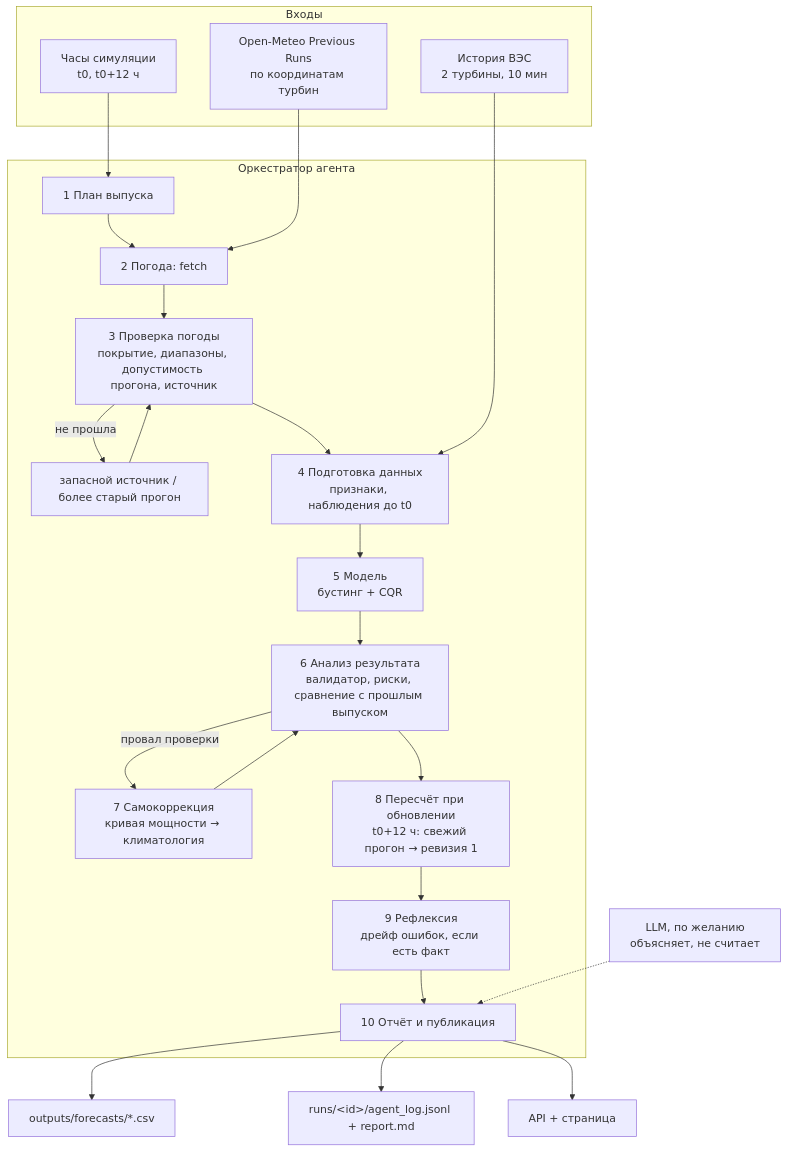
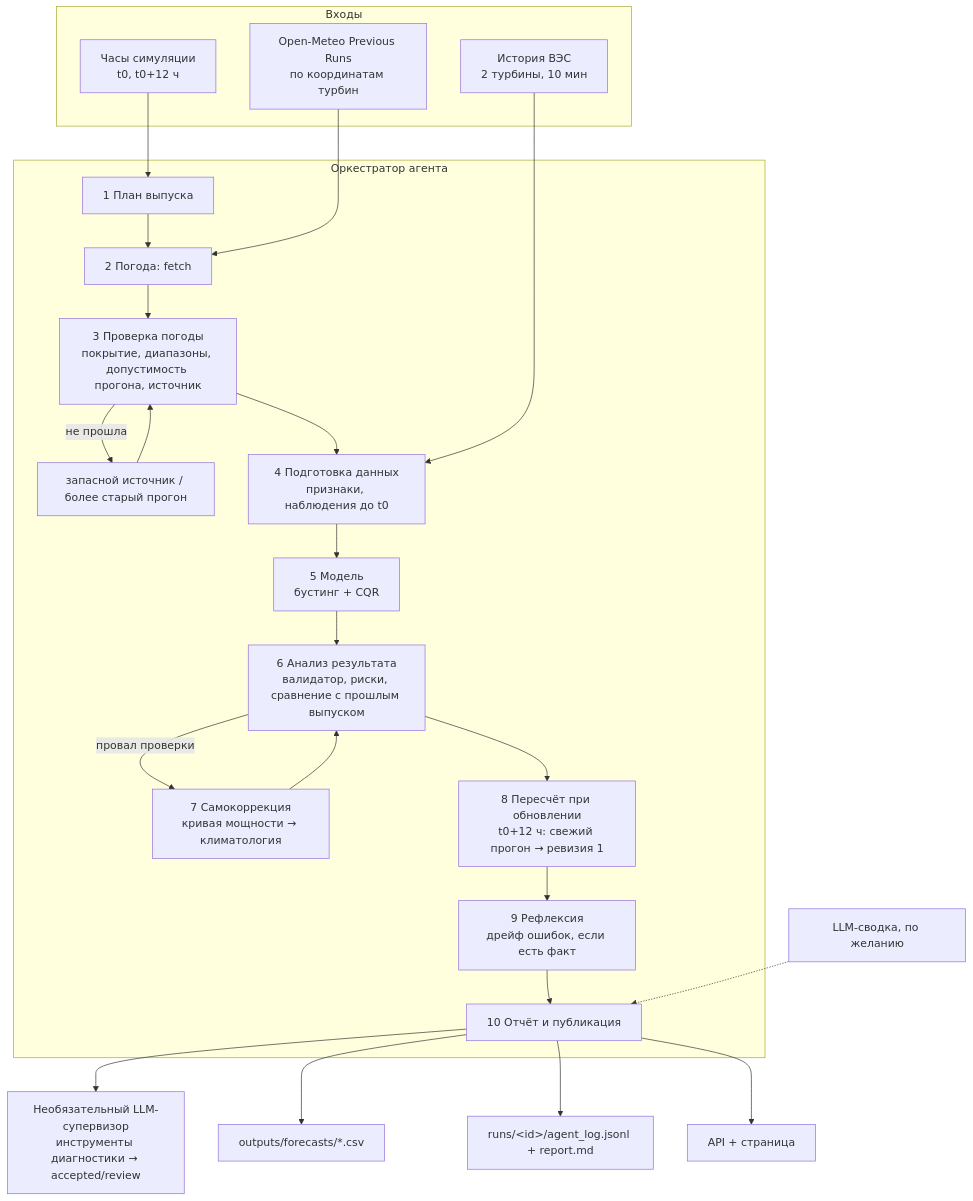
The diagram in docs/SOLUTION.md (BAITC-Hacks/hack-17c230f8-ctrlx), drawn with Mermaid before and after one commit. The commit also changed other lines of this file and 432 other files, not shown here.

````diff
--- a/docs/SOLUTION.md
+++ b/docs/SOLUTION.md
@@ -168,29 +186,30 @@
 ```mermaid
 flowchart TB
   subgraph IN[Входы]
     SCADA[История ВЭС<br/>2 турбины, 10 мин]
     OM[Open-Meteo Previous Runs<br/>по координатам турбин]
     CLK[Часы симуляции<br/>t0, t0+12 ч]
   end
   subgraph AG[Оркестратор агента]
     P[1 План выпуска] --> W[2 Погода: fetch]
     W --> V[3 Проверка погоды<br/>покрытие, диапазоны, допустимость прогона, источник]
     V -->|не прошла| W2[запасной источник / более старый прогон]
     W2 --> V
     V --> D[4 Подготовка данных<br/>признаки, наблюдения до t0]
     D --> M[5 Модель<br/>бустинг + CQR]
     M --> A[6 Анализ результата<br/>валидатор, риски, сравнение с прошлым выпуском]
     A -->|провал проверки| F[7 Самокоррекция<br/>кривая мощности → климатология]
     F --> A
     A --> R[8 Пересчёт при обновлении<br/>t0+12 ч: свежий прогон → ревизия 1]
     R --> REF[9 Рефлексия<br/>дрейф ошибок, если есть факт]
     REF --> O[10 Отчёт и публикация]
   end
-  LLM[LLM, по желанию<br/>объясняет, не считает] -.-> O
+  LLM[LLM-сводка, по желанию] -.-> O
+  O --> SUP[Необязательный LLM-супервизор<br/>инструменты диагностики → accepted/review]
   O --> CSV[outputs/forecasts/*.csv]
   O --> LOG[runs/&lt;id&gt;/agent_log.jsonl + report.md]
   O --> API[API + страница]
   SCADA --> D
   OM --> W
   CLK --> P
 ```
````
